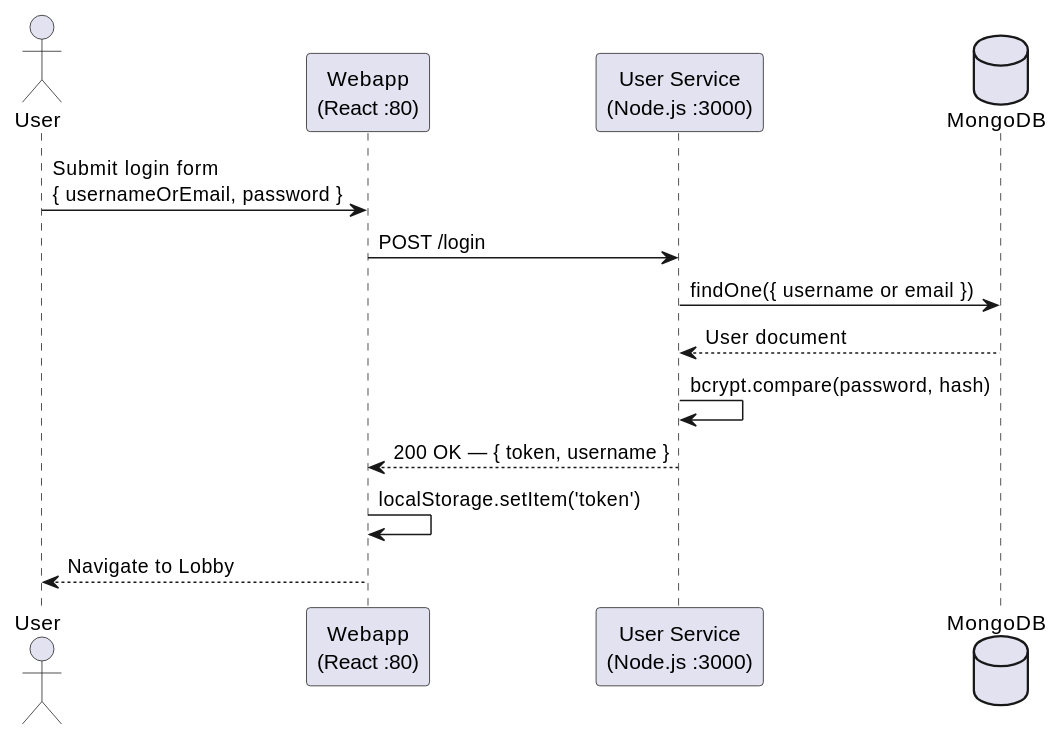
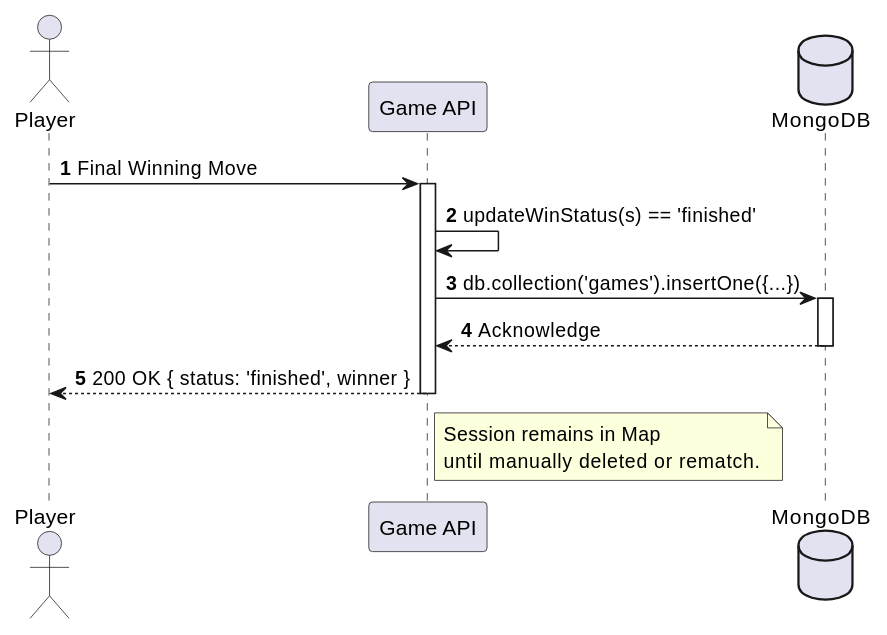
One commit to Arquisoft/yovi_en1a changed the fourth of 5 diagrams in docs/src/06_runtime_view.adoc. Above: the diagram before and after it, drawn with PlantUML. The commit also changed other lines of this file, not shown here.

```diff
--- a/docs/src/06_runtime_view.adoc
+++ b/docs/src/06_runtime_view.adoc
@@ -76,18 +108,23 @@
-[plantuml, target="auth-flow", format="png"]
+[plantuml, target="persistence-runtime", format="png"]
 ----
 @startuml
-actor "User" as User
-participant "Webapp\n(React :80)" as Webapp
-participant "User Service\n(Node.js :3000)" as Users
+autonumber
+actor "Player" as User
+participant "Game API" as API
 database "MongoDB" as DB
 
-User -> Webapp : Submit login form\n{ usernameOrEmail, password }
-Webapp -> Users : POST /login
-Users -> DB : findOne({ username or email })
-DB --> Users : User document
-Users -> Users : bcrypt.compare(password, hash)
-Users --> Webapp : 200 OK — { token, username }
-Webapp -> Webapp : localStorage.setItem('token')
-Webapp --> User : Navigate to Lobby
+User -> API : Final Winning Move
+activate API
+
+API -> API : updateWinStatus(s) == 'finished'
+API -> DB : db.collection('games').insertOne({...})
+activate DB
+DB --> API : Acknowledge
+deactivate DB
+
+API --> User : 200 OK { status: 'finished', winner }
+deactivate API
+
+Note right of API: Session remains in Map\nuntil manually deleted or rematch.
 @enduml
 ----
```
